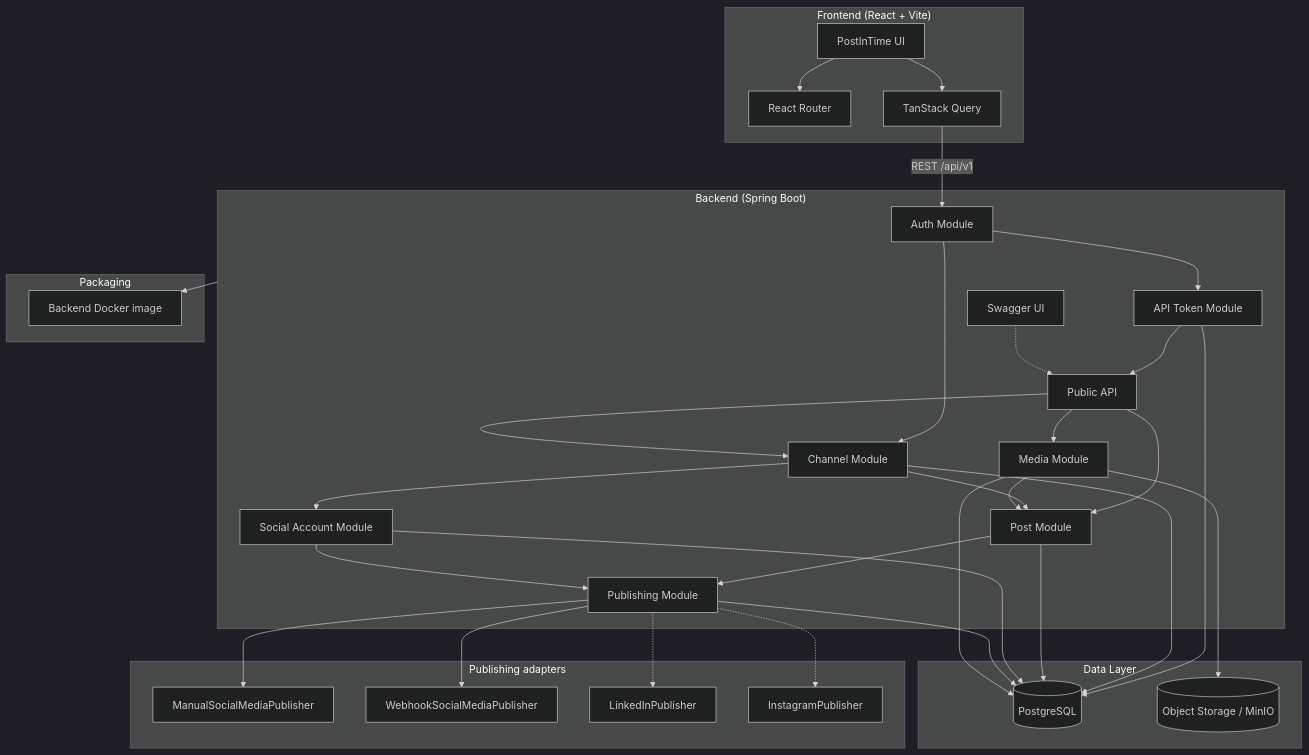
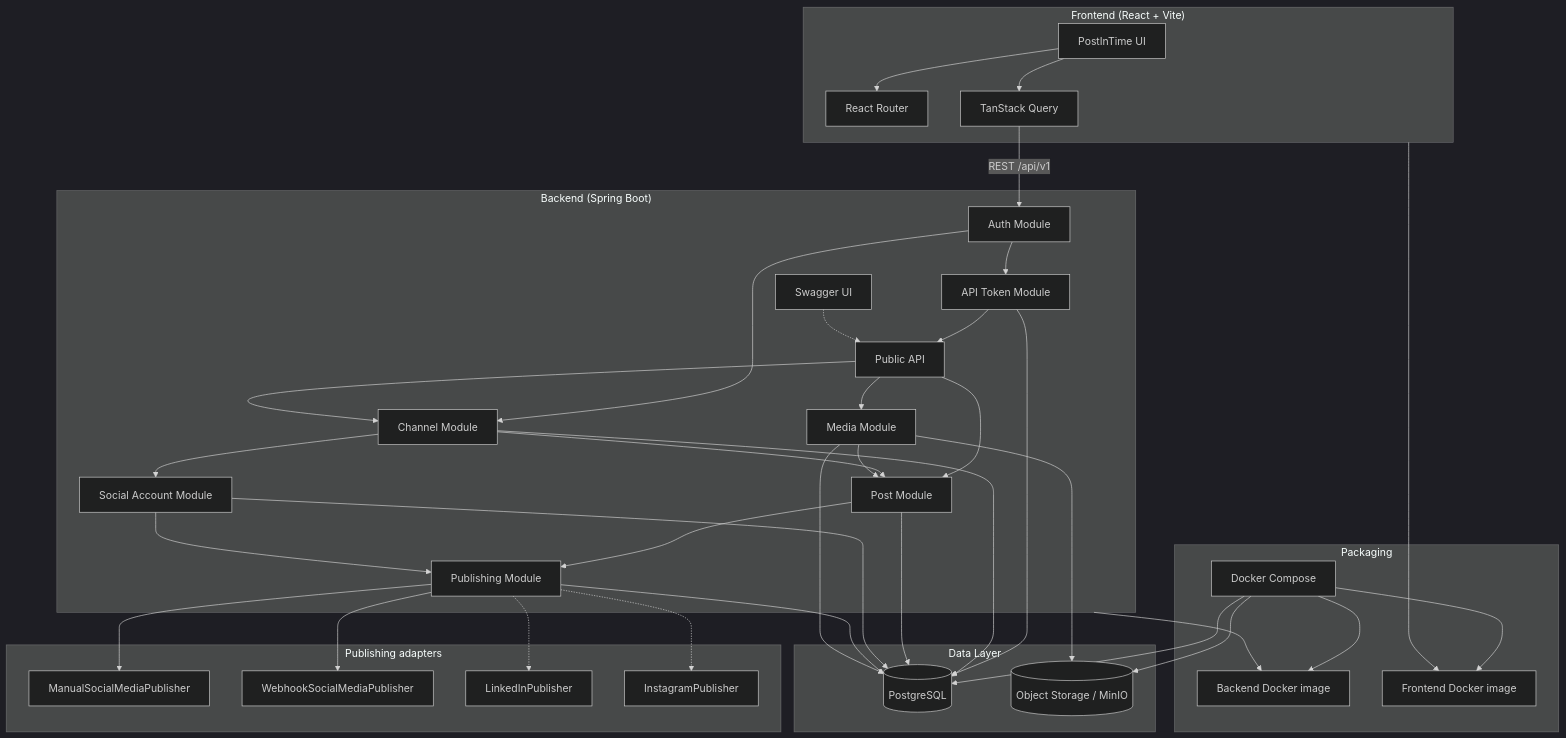
The diagram in product-architecture-flowchart.mmd (anushibinj/postintime), drawn with Mermaid (dark theme) before and after one commit. The commit also changed 7 other files, not shown here.

Commit message:
Add frontend Docker image and run the full stack from Compose.

```diff
--- a/product-architecture-flowchart.mmd
+++ b/product-architecture-flowchart.mmd
@@ -1,62 +1,69 @@
 flowchart TB
     subgraph Client["Frontend (React + Vite)"]
         UI[PostInTime UI]
         Router[React Router]
         Query[TanStack Query]
         UI --> Router
         UI --> Query
     end
 
     subgraph API["Backend (Spring Boot)"]
         Auth[Auth Module]
         ApiTokens[API Token Module]
         Channels[Channel Module]
         Posts[Post Module]
         Media[Media Module]
         Social[Social Account Module]
         Publishing[Publishing Module]
         Public[Public API]
         Swagger[Swagger UI]
         Auth --> Channels
         Auth --> ApiTokens
         ApiTokens --> Public
         Public --> Channels
         Public --> Posts
         Public --> Media
         Swagger -.-> Public
         Channels --> Posts
         Channels --> Social
         Posts --> Publishing
         Social --> Publishing
         Media --> Posts
     end
 
     subgraph Data["Data Layer"]
         PG[(PostgreSQL)]
         Storage[(Object Storage / MinIO)]
     end
 
     Query -->|REST /api/v1| Auth
     ApiTokens --> PG
     Channels --> PG
     Posts --> PG
     Social --> PG
     Publishing --> PG
     Media --> Storage
     Media --> PG
 
     subgraph Packaging["Packaging"]
-        Image[Backend Docker image]
+        Compose[Docker Compose]
+        BeImage[Backend Docker image]
+        FeImage[Frontend Docker image]
+        Compose --> BeImage
+        Compose --> FeImage
+        Compose --> PG
+        Compose --> Storage
     end
-    API --> Image
+    API --> BeImage
+    Client --> FeImage
 
     subgraph Future["Publishing adapters"]
         Manual[ManualSocialMediaPublisher]
         Webhook[WebhookSocialMediaPublisher]
         LinkedIn[LinkedInPublisher]
         Instagram[InstagramPublisher]
         Publishing --> Manual
         Publishing --> Webhook
         Publishing -.-> LinkedIn
         Publishing -.-> Instagram
     end
```
